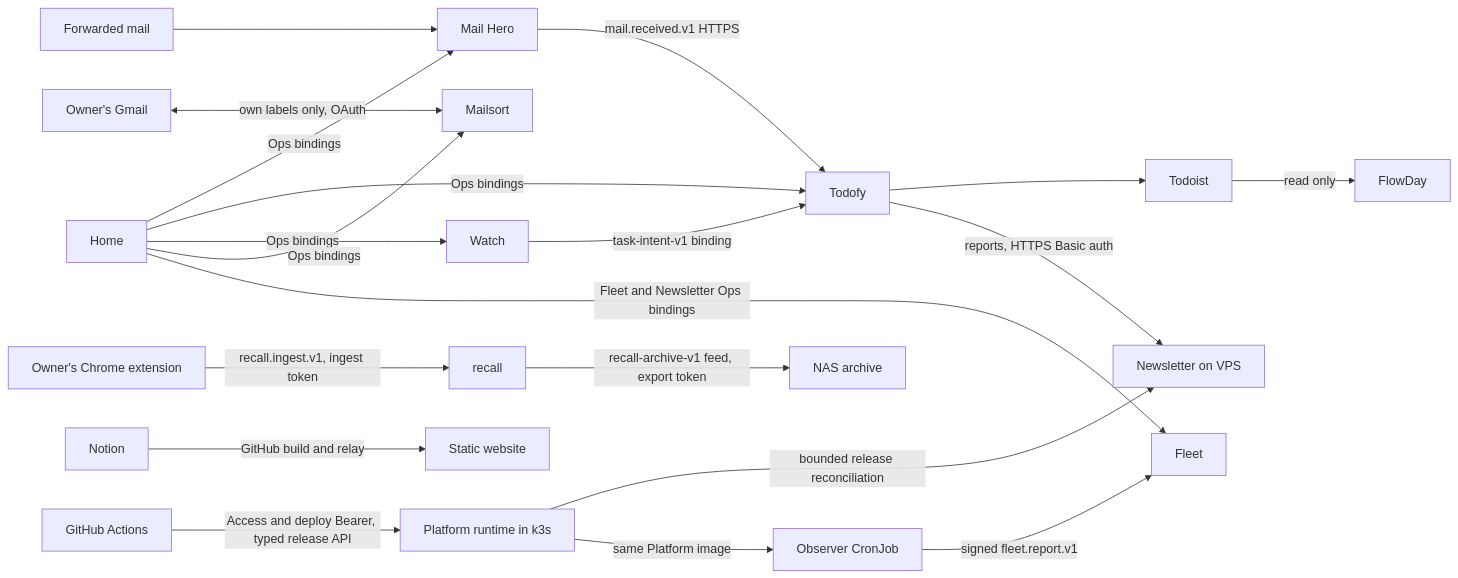
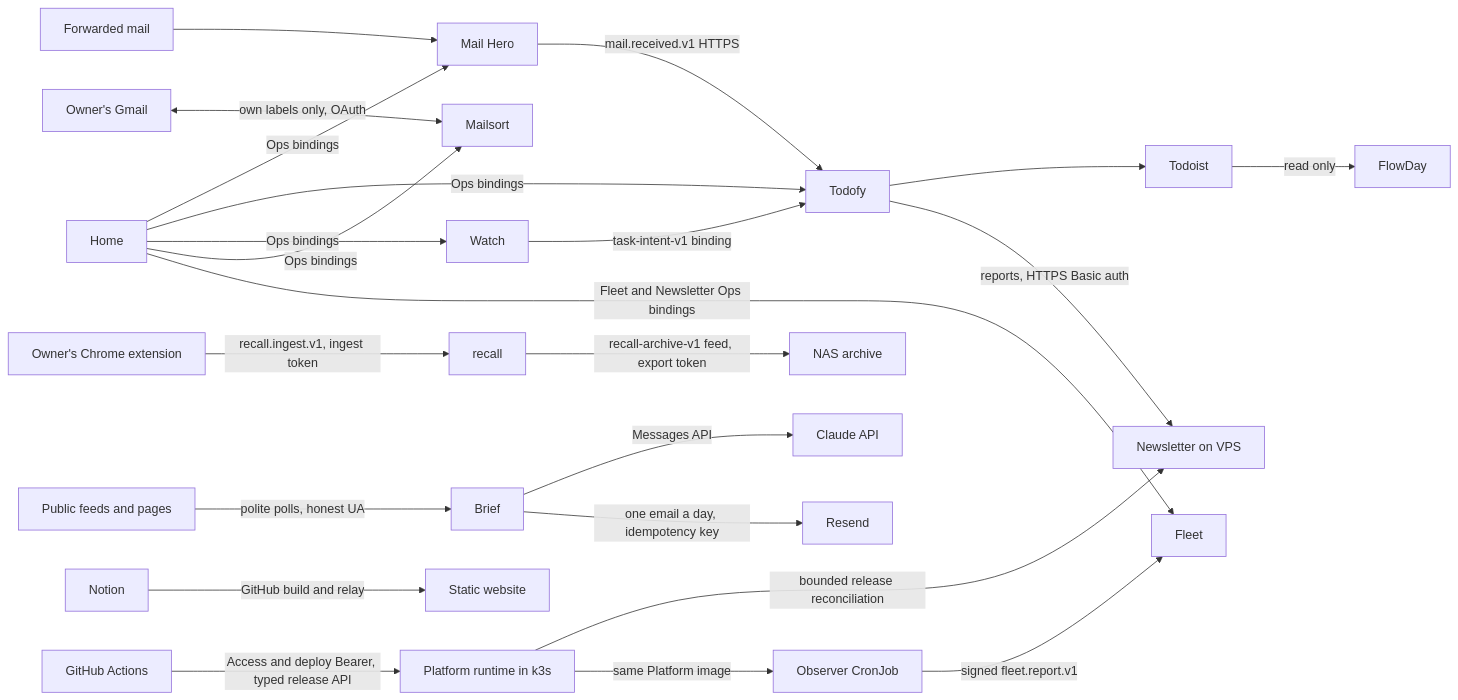
Before and after one commit to ziyixi/todofy: the diagram in docs/architecture.md, drawn with Mermaid. The commit also changed other lines of this file and 188 other files, not shown here.

````diff
--- a/docs/architecture.md
+++ b/docs/architecture.md
@@ -11,22 +11,25 @@
 ```mermaid
 flowchart LR
   Mail[Forwarded mail] --> MH[Mail Hero]
   MH -->|mail.received.v1 HTTPS| Todo[Todofy]
   Watch[Watch] -->|task-intent-v1 binding| Todo
   Todo --> Todoist[Todoist]
   Todo -->|reports, HTTPS Basic auth| News[Newsletter on VPS]
   Todoist -->|read only| Flow[FlowDay]
   Home[Home] -->|Ops bindings| MH
   Home -->|Ops bindings| Todo
   Home -->|Ops bindings| Watch
   Gmail[Owner's Gmail] <-->|own labels only, OAuth| Sort[Mailsort]
   Home -->|Ops bindings| Sort
   Chrome[Owner's Chrome extension] -->|recall.ingest.v1, ingest token| Recall[recall]
   Recall -->|recall-archive-v1 feed, export token| NAS[NAS archive]
+  Sources[Public feeds and pages] -->|polite polls, honest UA| Brief[Brief]
+  Brief -->|Messages API| Claude[Claude API]
+  Brief -->|one email a day, idempotency key| Resend[Resend]
   Home -->|Fleet and Newsletter Ops bindings| Fleet[Fleet]
   Observer[Observer CronJob] -->|signed fleet.report.v1| Fleet
   Actions[GitHub Actions] -->|Access and deploy Bearer, typed release API| Runtime[Platform runtime in k3s]
   Runtime -->|bounded release reconciliation| News
   Runtime -->|same Platform image| Observer
   Notion[Notion] -->|GitHub build and relay| Site[Static website]
 ```
````
